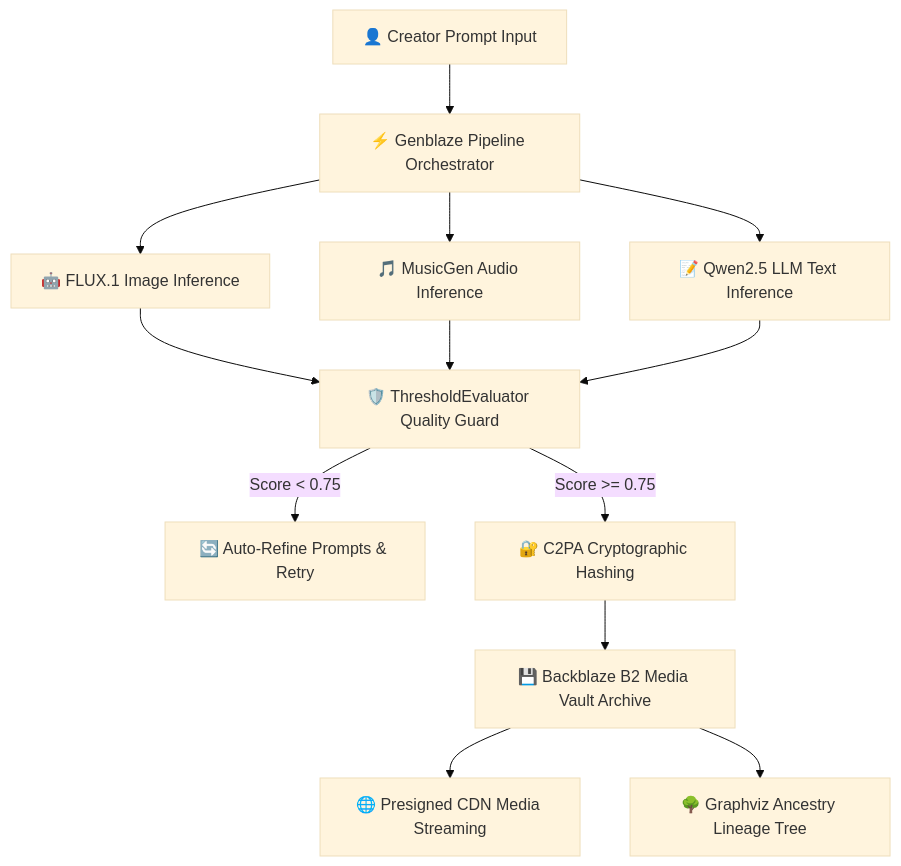
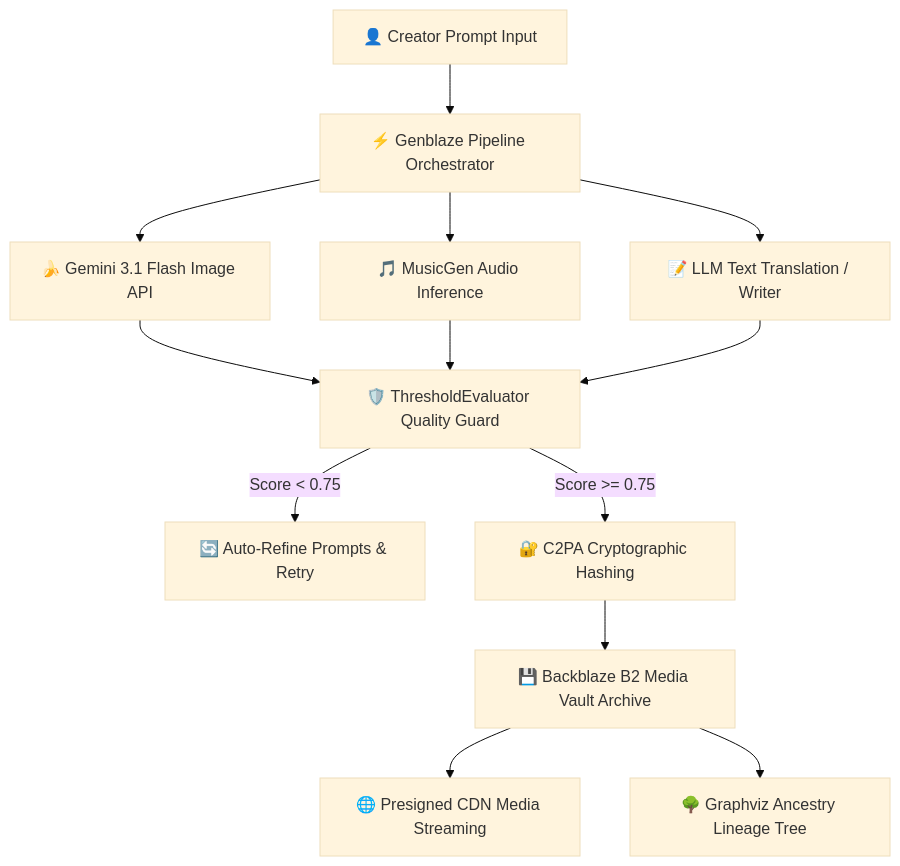
The first of 2 diagrams in README.md (krishivjoshi219-collab/backblaze-genmedia-studio), drawn with Mermaid (base theme) before and after one commit. The commit also changed other lines of this file, not shown here.

Commit message:
Enhance README.md for hackathon judges with Gemini 3.1 Flash Image details

````diff
--- a/README.md
+++ b/README.md
@@ -62,13 +63,13 @@
 ```mermaid
 graph TD
     A[👤 Creator Prompt Input] --> B[⚡ Genblaze Pipeline Orchestrator]
-    B --> C[🤖 FLUX.1 Image Inference]
+    B --> C[🍌 Gemini 3.1 Flash Image API]
     B --> D[🎵 MusicGen Audio Inference]
-    B --> E[📝 Qwen2.5 LLM Text Inference]
+    B --> E[📝 LLM Text Translation / Writer]
     C & D & E --> F[🛡️ ThresholdEvaluator Quality Guard]
     F -- Score < 0.75 --> G[🔄 Auto-Refine Prompts & Retry]
     F -- Score >= 0.75 --> H[🔐 C2PA Cryptographic Hashing]
     H --> I[💾 Backblaze B2 Media Vault Archive]
     I --> J[🌐 Presigned CDN Media Streaming]
     I --> K[🌳 Graphviz Ancestry Lineage Tree]
 ```
````
